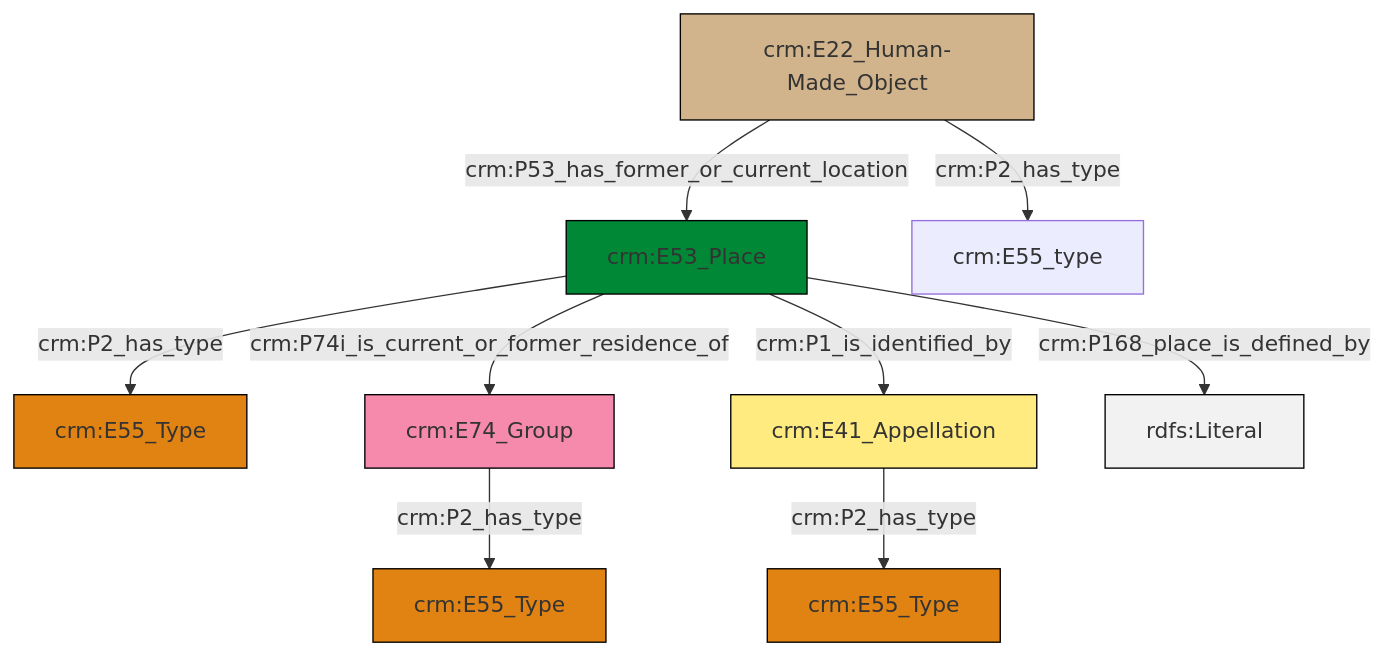
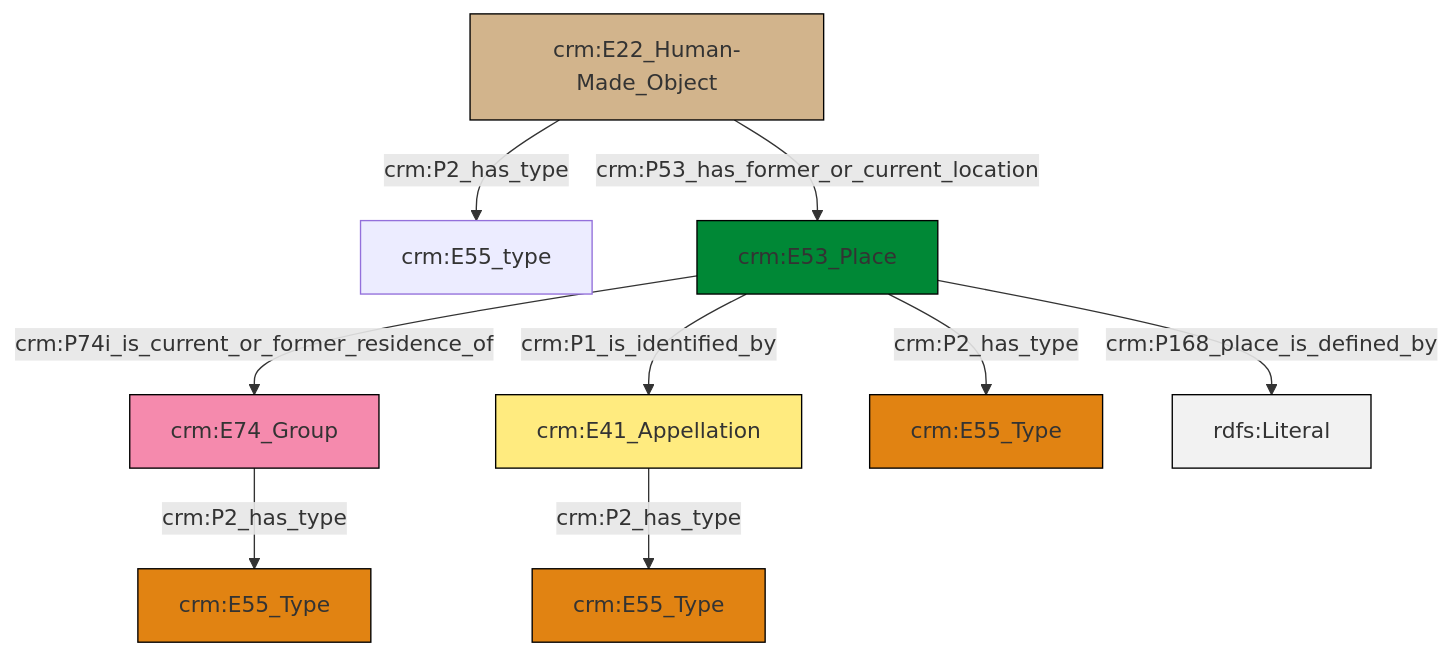
One commit to swiss-art-research-net/reference-data-models changed the diagram in et/artworkCSV/ttl/mmd/Artwork_Location.ttl.mmd. Above: the diagram before and after it, drawn with Mermaid. The commit also changed 125 other files, not shown here.

```diff
--- a/et/artworkCSV/ttl/mmd/Artwork_Location.ttl.mmd
+++ b/et/artworkCSV/ttl/mmd/Artwork_Location.ttl.mmd
@@ -1,23 +1,23 @@
 graph TD
 classDef Literal fill:#f2f2f2,stroke:#000000;
 classDef CRM_Entity fill:#FFFFFF,stroke:#000000;
 classDef Temporal_Entity fill:#00C9E6, stroke:#000000;
 classDef Type fill:#E18312, stroke:#000000;
 classDef Time-Span fill:#2C9C91, stroke:#000000;
 classDef Appellation fill:#FFEB7F, stroke:#000000;
 classDef Place fill:#008836, stroke:#000000;
 classDef Persistent_Item fill:#B266B2, stroke:#000000;
 classDef Conceptual_Object fill:#FFD700, stroke:#000000;
 classDef Physical_Thing fill:#D2B48C, stroke:#000000;
 classDef Actor fill:#f58aad, stroke:#000000;
 classDef PC_Classes fill:#4ce600, stroke:#000000;
 classDef Multi fill:#cccccc,stroke:#000000;
 
-8["crm:E74_Group"]:::Actor -->|crm:P2_has_type| 0["crm:E55_Type"]:::Type
-6["crm:E53_Place"]:::Place -->|crm:P74i_is_current_or_former_residence_of| 8["crm:E74_Group"]:::Actor
-2["crm:E22_Human-Made_Object"]:::Physical_Thing -->|crm:P2_has_type| 11["crm:E55_type"]:::Default
-6["crm:E53_Place"]:::Place -->|crm:P1_is_identified_by| 12["crm:E41_Appellation"]:::Appellation
-6["crm:E53_Place"]:::Place -->|crm:P2_has_type| 4["crm:E55_Type"]:::Type
-6["crm:E53_Place"]:::Place -->|crm:P168_place_is_defined_by| 16[rdfs:Literal]:::Literal
-2["crm:E22_Human-Made_Object"]:::Physical_Thing -->|crm:P53_has_former_or_current_location| 6["crm:E53_Place"]:::Place
-12["crm:E41_Appellation"]:::Appellation -->|crm:P2_has_type| 9["crm:E55_Type"]:::Type
+0["crm:E22_Human-Made_Object"]:::Physical_Thing -->|crm:P2_has_type| 1["crm:E55_type"]:::Default
+2["crm:E41_Appellation"]:::Appellation -->|crm:P2_has_type| 3["crm:E55_Type"]:::Type
+4["crm:E74_Group"]:::Actor -->|crm:P2_has_type| 8["crm:E55_Type"]:::Type
+11["crm:E53_Place"]:::Place -->|crm:P74i_is_current_or_former_residence_of| 4["crm:E74_Group"]:::Actor
+11["crm:E53_Place"]:::Place -->|crm:P2_has_type| 6["crm:E55_Type"]:::Type
+0["crm:E22_Human-Made_Object"]:::Physical_Thing -->|crm:P53_has_former_or_current_location| 11["crm:E53_Place"]:::Place
+11["crm:E53_Place"]:::Place -->|crm:P168_place_is_defined_by| 17[rdfs:Literal]:::Literal
+11["crm:E53_Place"]:::Place -->|crm:P1_is_identified_by| 2["crm:E41_Appellation"]:::Appellation
```
